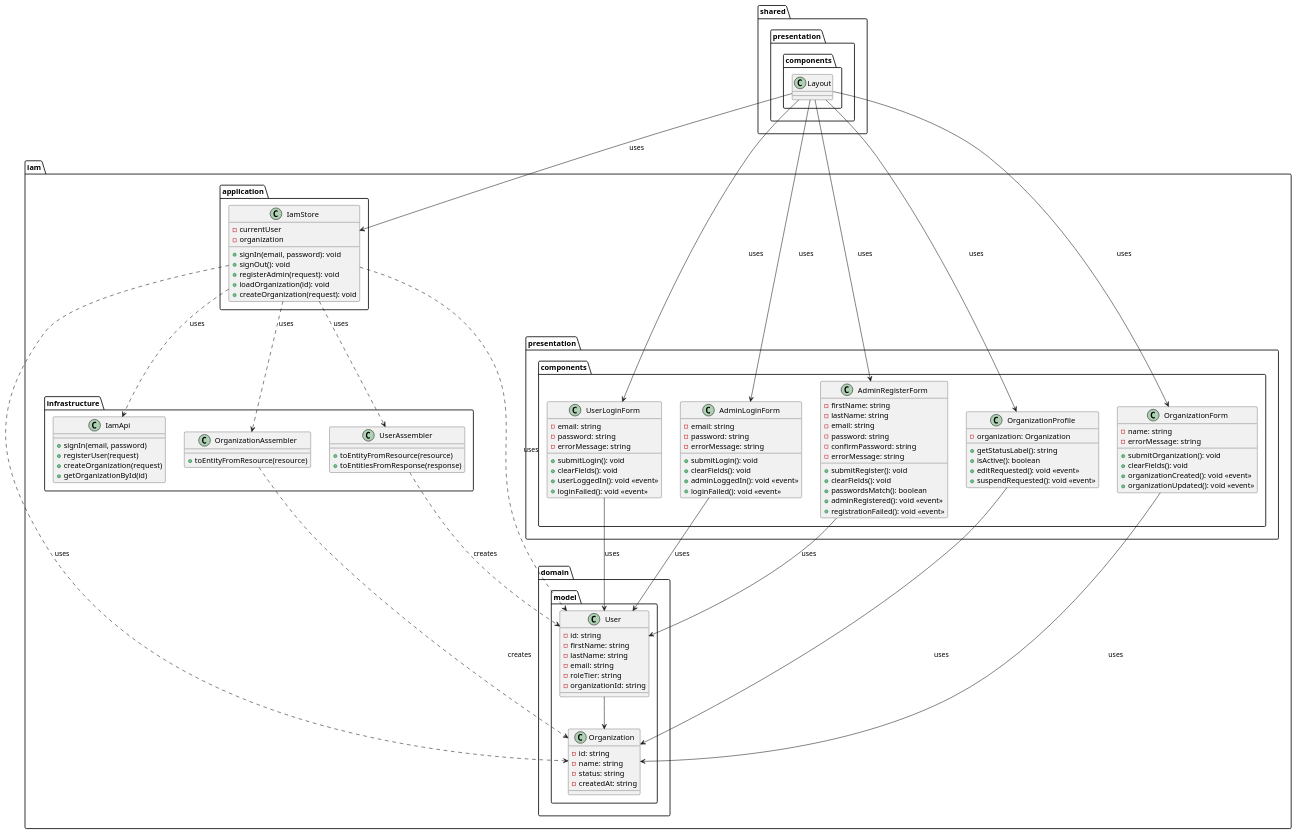
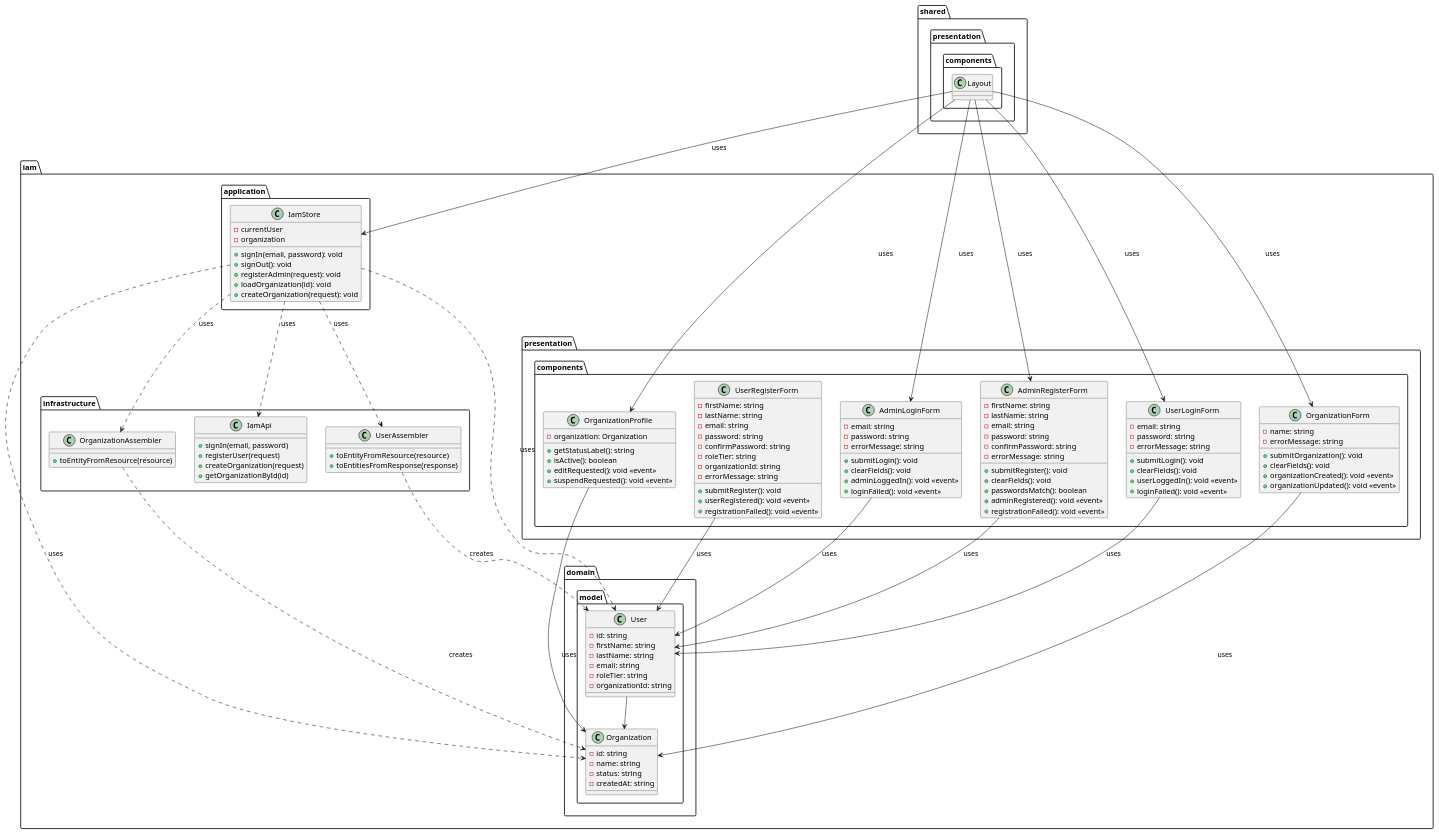
Before and after one commit to upc-pre-202610-1asi0730-12053-powertech/saferoute-webapp: the diagram in saferoute/docs/vue-saferoute-iam.puml, drawn with PlantUML. The commit also changed 5 other files, not shown here.

Commit message:
docs: update diagrams

```diff
--- a/saferoute/docs/vue-saferoute-iam.puml
+++ b/saferoute/docs/vue-saferoute-iam.puml
@@ -1,124 +1,138 @@
 @startuml
 skinparam monochrome false
 
 package "iam.domain.model" {
   class User {
     - id: string
     - firstName: string
     - lastName: string
     - email: string
     - roleTier: string
     - organizationId: string
   }
   class Organization {
     - id: string
     - name: string
     - status: string
     - createdAt: string
   }
 }
 
 package "iam.application" {
   class IamStore {
     - currentUser
     - organization
     + signIn(email, password): void
     + signOut(): void
     + registerAdmin(request): void
     + loadOrganization(id): void
     + createOrganization(request): void
   }
 }
 
 package "iam.infrastructure" {
   class IamApi {
     + signIn(email, password)
     + registerUser(request)
     + createOrganization(request)
     + getOrganizationById(id)
   }
   class UserAssembler {
     + toEntityFromResource(resource)
     + toEntitiesFromResponse(response)
   }
   class OrganizationAssembler {
     + toEntityFromResource(resource)
   }
 }
 
 package "iam.presentation.components" {
   class AdminLoginForm {
     - email: string
     - password: string
     - errorMessage: string
     + submitLogin(): void
     + clearFields(): void
     + adminLoggedIn(): void <<event>>
     + loginFailed(): void <<event>>
   }
   class AdminRegisterForm {
     - firstName: string
     - lastName: string
     - email: string
     - password: string
     - confirmPassword: string
     - errorMessage: string
     + submitRegister(): void
     + clearFields(): void
     + passwordsMatch(): boolean
     + adminRegistered(): void <<event>>
     + registrationFailed(): void <<event>>
   }
   class UserLoginForm {
     - email: string
     - password: string
     - errorMessage: string
     + submitLogin(): void
     + clearFields(): void
     + userLoggedIn(): void <<event>>
     + loginFailed(): void <<event>>
   }
   class OrganizationForm {
     - name: string
     - errorMessage: string
     + submitOrganization(): void
     + clearFields(): void
     + organizationCreated(): void <<event>>
     + organizationUpdated(): void <<event>>
   }
   class OrganizationProfile {
     - organization: Organization
     + getStatusLabel(): string
     + isActive(): boolean
     + editRequested(): void <<event>>
     + suspendRequested(): void <<event>>
   }
+  class UserRegisterForm {
+    - firstName: string
+    - lastName: string
+    - email: string
+    - password: string
+    - confirmPassword: string
+    - roleTier: string
+    - organizationId: string
+    - errorMessage: string
+    + submitRegister(): void
+    + userRegistered(): void <<event>>
+    + registrationFailed(): void <<event>>
+  }
 }
 
 ' ─── Referencias a otros paquetes ────────────────────────────────────────────
 package "shared.presentation.components" {
   class Layout {
   }
 }
 
 User --> Organization
 IamStore ..> "iam.domain.model.User" : uses
 IamStore ..> "iam.domain.model.Organization" : uses
 IamStore ..> "iam.infrastructure.IamApi" : uses
 IamStore ..> "iam.infrastructure.UserAssembler" : uses
 IamStore ..> "iam.infrastructure.OrganizationAssembler" : uses
 UserAssembler ..> "iam.domain.model.User" : creates
 OrganizationAssembler ..> "iam.domain.model.Organization" : creates
+UserRegisterForm --> "iam.domain.model.User" : uses
 AdminLoginForm --> "iam.domain.model.User" : uses
 AdminRegisterForm --> "iam.domain.model.User" : uses
 UserLoginForm --> "iam.domain.model.User" : uses
 OrganizationForm --> "iam.domain.model.Organization" : uses
 OrganizationProfile --> "iam.domain.model.Organization" : uses
 Layout --> AdminLoginForm : uses
 Layout --> AdminRegisterForm : uses
 Layout --> UserLoginForm : uses
 Layout --> OrganizationForm : uses
 Layout --> OrganizationProfile : uses
 Layout --> IamStore : uses
 
 @enduml
```
